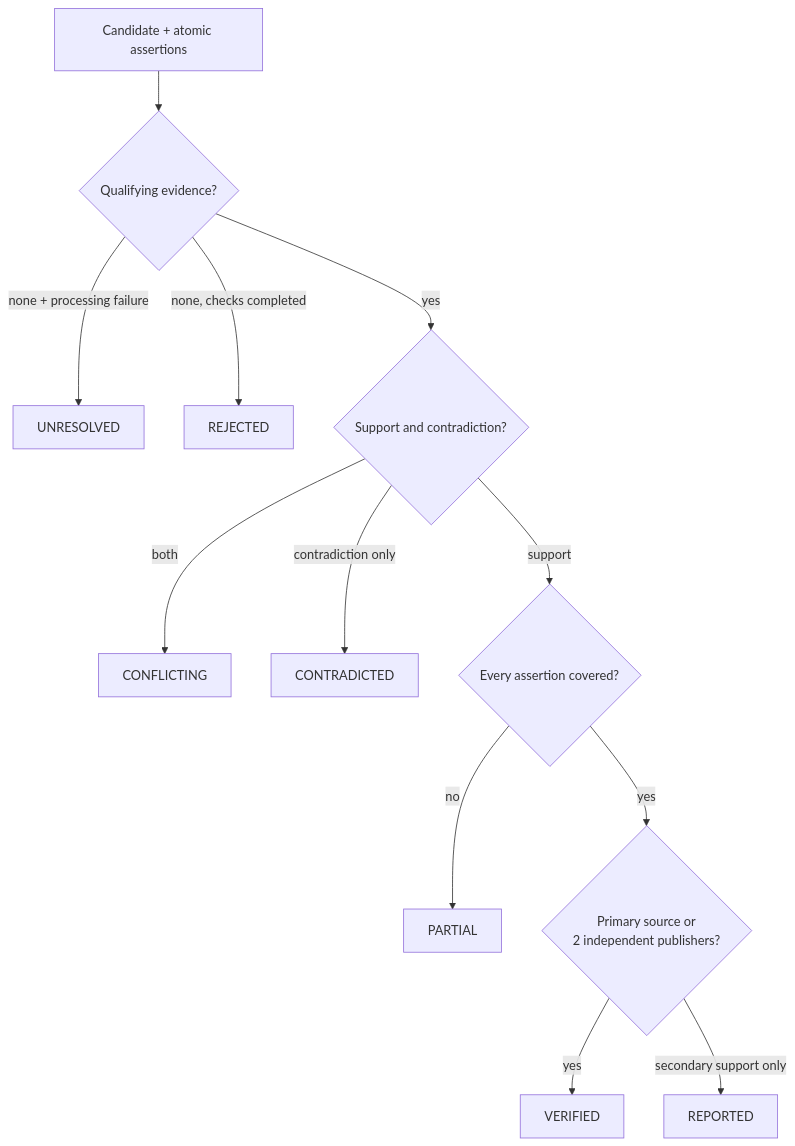
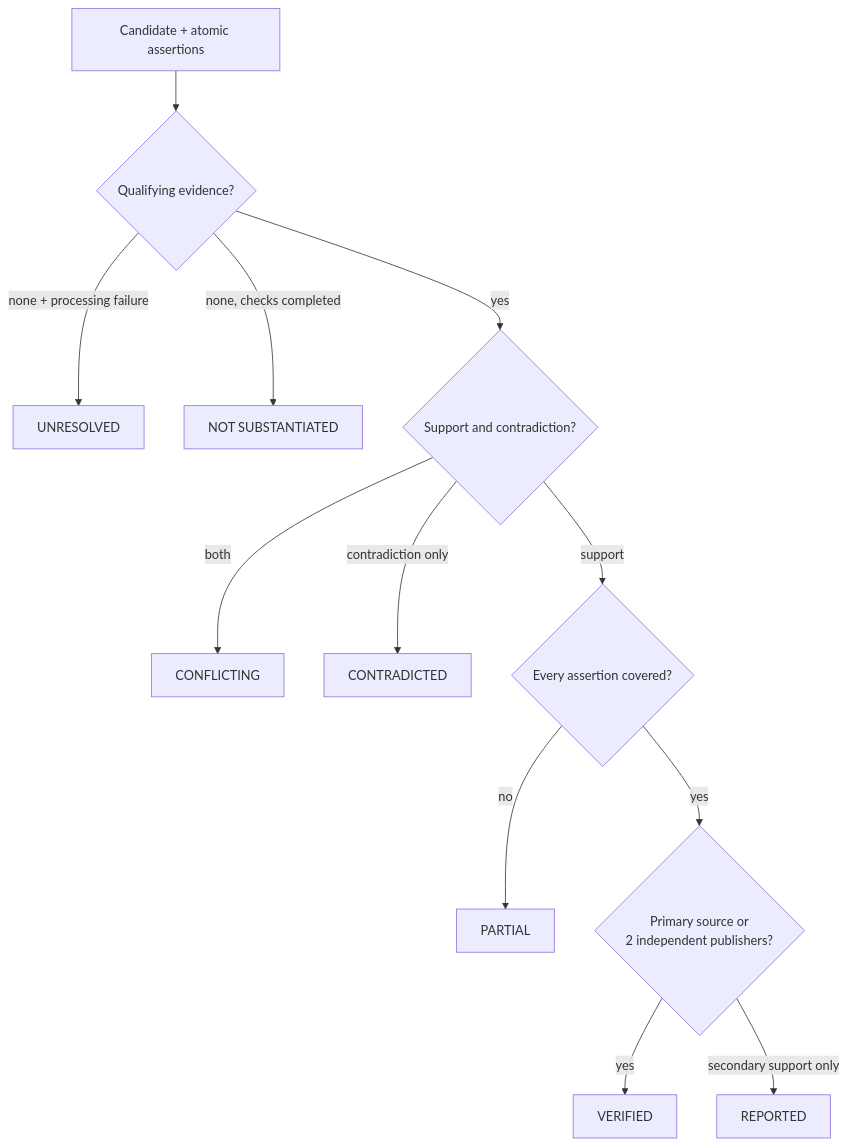
The third of 3 diagrams in README.md (0xtigerclaw/deal_lens), drawn with Mermaid before and after one commit. The commit also changed other lines of this file and 12 other files, not shown here.

````diff
--- a/README.md
+++ b/README.md
@@ -123,14 +134,14 @@
 ```mermaid
 flowchart TD
     C["Candidate + atomic assertions"] --> E{"Qualifying evidence?"}
     E -->|"none + processing failure"| U["UNRESOLVED"]
-    E -->|"none, checks completed"| R["REJECTED"]
+    E -->|"none, checks completed"| R["NOT SUBSTANTIATED"]
     E -->|"yes"| X{"Support and contradiction?"}
     X -->|"both"| F["CONFLICTING"]
     X -->|"contradiction only"| D["CONTRADICTED"]
     X -->|"support"| A{"Every assertion covered?"}
     A -->|"no"| P["PARTIAL"]
     A -->|"yes"| T{"Primary source or<br/>2 independent publishers?"}
     T -->|"yes"| V["VERIFIED"]
     T -->|"secondary support only"| RP["REPORTED"]
 ```
````
